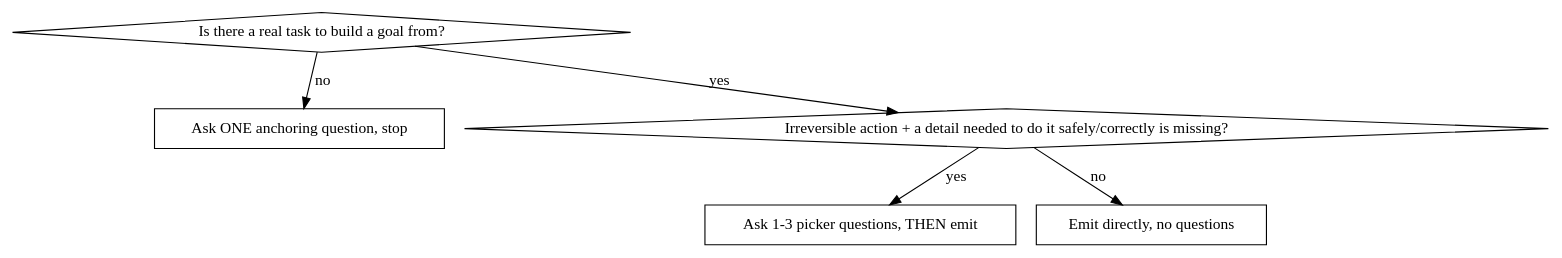
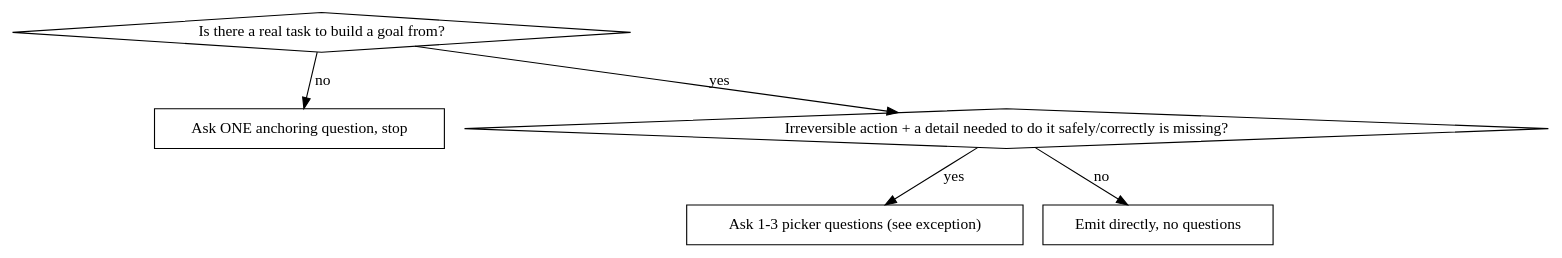
One commit to GigaGoods/gigaloop-skill changed the diagram in SKILL.md. Above: the diagram before and after it, drawn with Graphviz. The commit also changed other lines of this file and 2 other files, not shown here.

````diff
--- a/SKILL.md
+++ b/SKILL.md
@@ -41,13 +41,13 @@
 ```dot
 digraph clarify {
   "Is there a real task to build a goal from?" [shape=diamond];
   "Ask ONE anchoring question, stop" [shape=box];
   "Irreversible action + a detail needed to do it safely/correctly is missing?" [shape=diamond];
-  "Ask 1-3 picker questions, THEN emit" [shape=box];
+  "Ask 1-3 picker questions (see exception)" [shape=box];
   "Emit directly, no questions" [shape=box];
   "Is there a real task to build a goal from?" -> "Ask ONE anchoring question, stop" [label="no"];
   "Is there a real task to build a goal from?" -> "Irreversible action + a detail needed to do it safely/correctly is missing?" [label="yes"];
-  "Irreversible action + a detail needed to do it safely/correctly is missing?" -> "Ask 1-3 picker questions, THEN emit" [label="yes"];
+  "Irreversible action + a detail needed to do it safely/correctly is missing?" -> "Ask 1-3 picker questions (see exception)" [label="yes"];
   "Irreversible action + a detail needed to do it safely/correctly is missing?" -> "Emit directly, no questions" [label="no"];
 }
 ```
````
